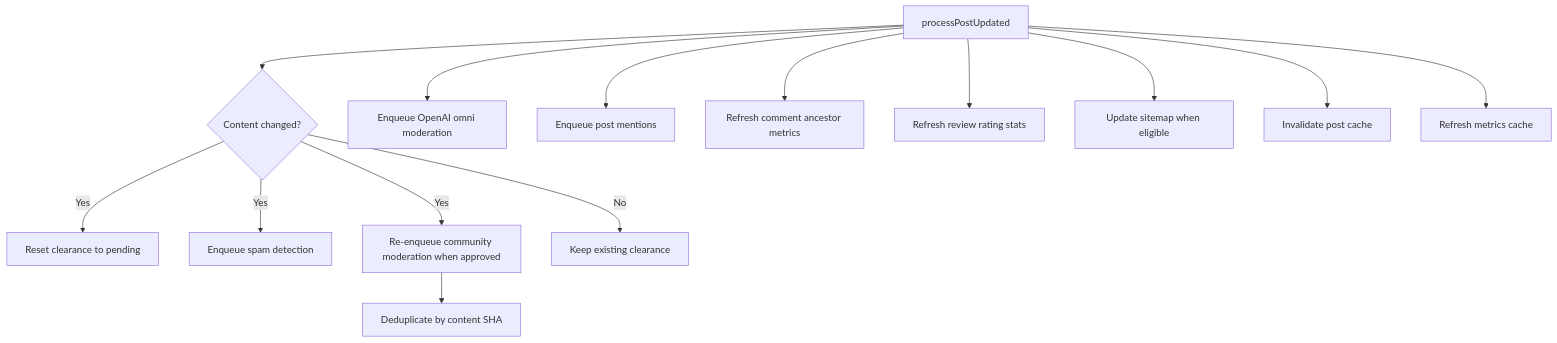
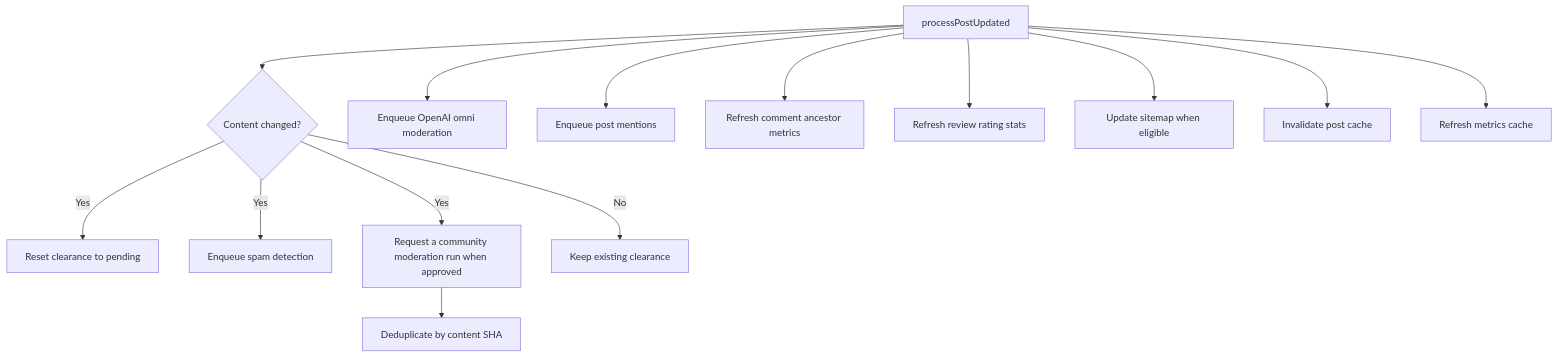
One commit to vouchington/vouchington changed the diagram in docs/overview/architecture/reference-post-lifecycle-comment-specific-behavior.md. Above: the diagram before and after it, drawn with Mermaid. The commit also changed other lines of this file, not shown here.

First line of the commit message:
docs(communities): match the post update pipeline to the community moderation request

````diff
--- a/docs/overview/architecture/reference-post-lifecycle-comment-specific-behavior.md
+++ b/docs/overview/architecture/reference-post-lifecycle-comment-specific-behavior.md
@@ -26,16 +26,16 @@
 ```mermaid
 flowchart TD
   update[processPostUpdated] --> changed{Content changed?}
   changed -- Yes --> reset[Reset clearance to pending]
   changed -- Yes --> spam[Enqueue spam detection]
-  changed -- Yes --> community[Re-enqueue community moderation when approved]
+  changed -- Yes --> community[Request a community moderation run when approved]
   community --> dedupe[Deduplicate by content SHA]
   changed -- No --> skip[Keep existing clearance]
   update --> omni[Enqueue OpenAI omni moderation]
   update --> mentions[Enqueue post mentions]
   update --> comment[Refresh comment ancestor metrics]
   update --> review[Refresh review rating stats]
   update --> sitemap[Update sitemap when eligible]
   update --> cache[Invalidate post cache]
   update --> metrics[Refresh metrics cache]
 ```
````
